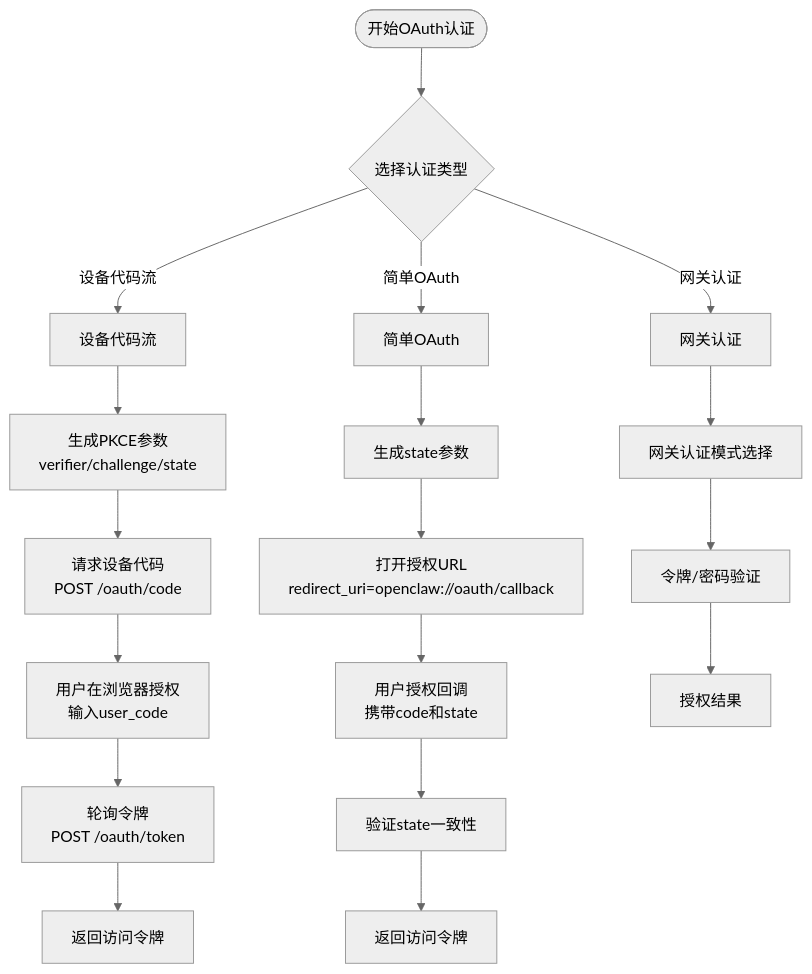
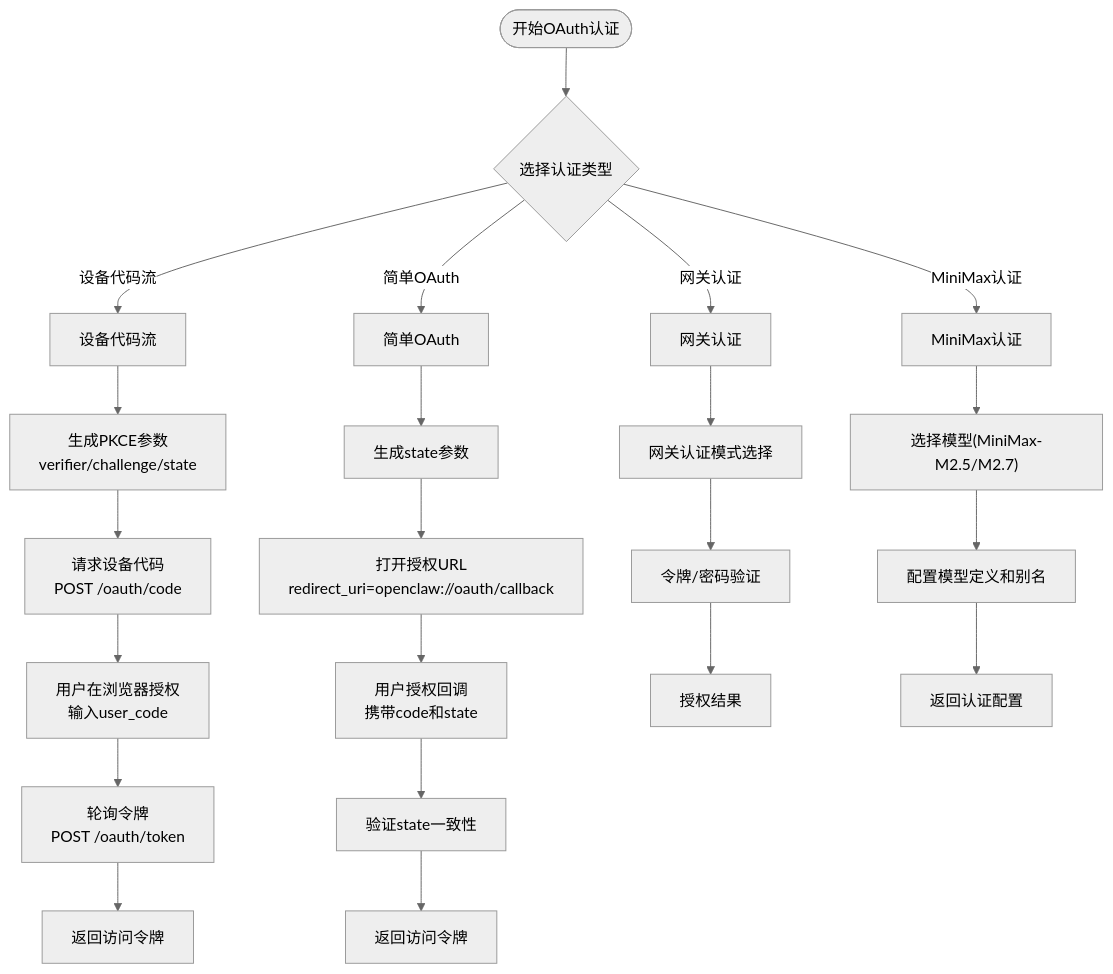
Before and after one commit to verse-ai-org/openclaw: diagram 13 of 13 in .qoder/repowiki/zh/content/安全与配置/认证系统/认证系统.md, drawn with Mermaid (neutral theme). The commit also changed other lines of this file and 12 other files, not shown here.

````diff
--- a/.qoder/repowiki/zh/content/安全与配置/认证系统/认证系统.md
+++ b/.qoder/repowiki/zh/content/安全与配置/认证系统/认证系统.md
@@ -575,20 +692,24 @@
 ```mermaid
 flowchart TD
 Start(["开始OAuth认证"]) --> Choice{"选择认证类型"}
 Choice --> |设备代码流| DC["设备代码流"]
 Choice --> |简单OAuth| SO["简单OAuth"]
 Choice --> |网关认证| GA["网关认证"]
+Choice --> |MiniMax认证| MMA["MiniMax认证"]
 DC --> DCC["生成PKCE参数<br/>verifier/challenge/state"]
 DCC --> DCR["请求设备代码<br/>POST /oauth/code"]
 DCR --> DCA["用户在浏览器授权<br/>输入user_code"]
 DCA --> DCP["轮询令牌<br/>POST /oauth/token"]
 DCP --> DCS["返回访问令牌"]
 SO --> SOR["生成state参数"]
 SOR --> SOP["打开授权URL<br/>redirect_uri=openclaw://oauth/callback"]
 SOP --> SOA["用户授权回调<br/>携带code和state"]
 SOA --> SOC["验证state一致性"]
 SOC --> SOT["返回访问令牌"]
 GA --> GAR["网关认证模式选择"]
 GAR --> GAS["令牌/密码验证"]
 GAS --> GAT["授权结果"]
+MMA --> MMAC["选择模型(MiniMax-M2.5/M2.7)"]
+MMAC --> MMAD["配置模型定义和别名"]
+MMAD --> MMAE["返回认证配置"]
 ```
````
